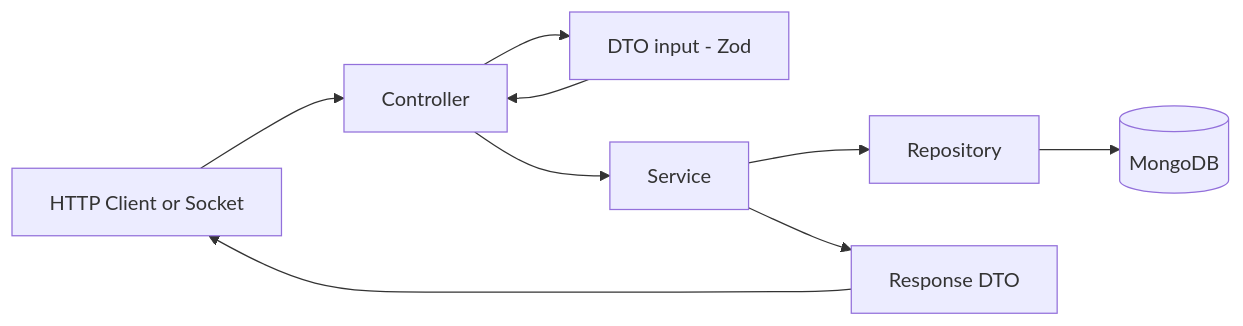
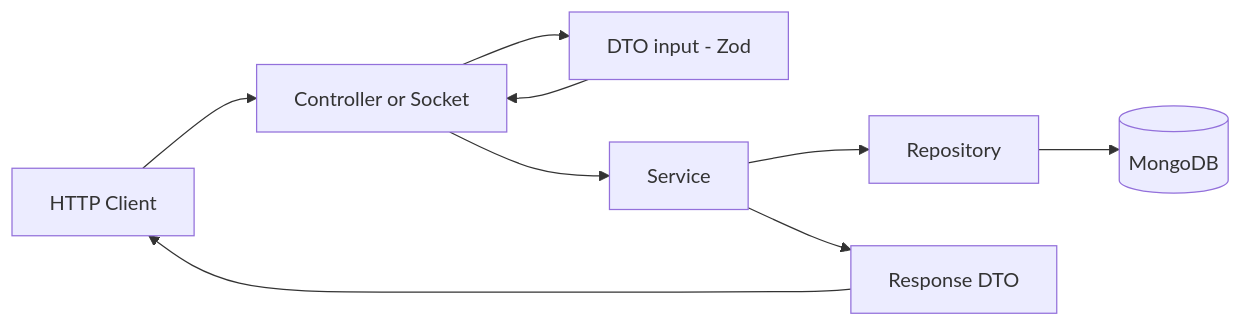
The first of 5 diagrams in documents/2 - architecture.md (KauaHenriqueGoncalves/Uno-Shrek-Online), drawn with Mermaid before and after one commit.

Commit message:
Edit 2 - architecture.md

````diff
--- a/documents/2 - architecture.md
+++ b/documents/2 - architecture.md
@@ -7,11 +7,11 @@
 ```mermaid
 flowchart LR 
-    Client[HTTP Client or Socket] --> Ctrl[Controller] 
+    Client[HTTP Client] --> Ctrl[Controller or Socket] 
     Ctrl --> DTOIn[DTO input - Zod] 
     DTOIn --> Ctrl 
     Ctrl --> Svc[Service] 
     Svc --> Repo[Repository] 
     Repo --> DB[(MongoDB)] 
     Svc --> DTOOut[Response DTO] 
     DTOOut --> Client
 ```
````
